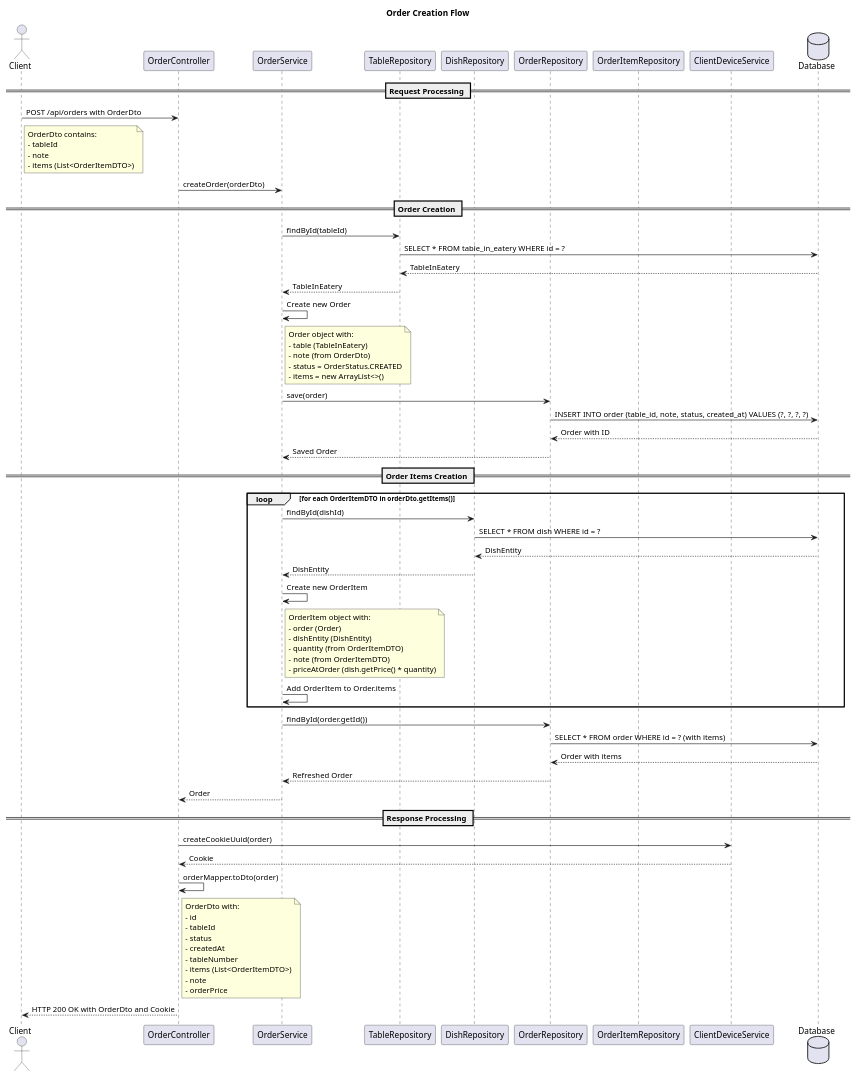
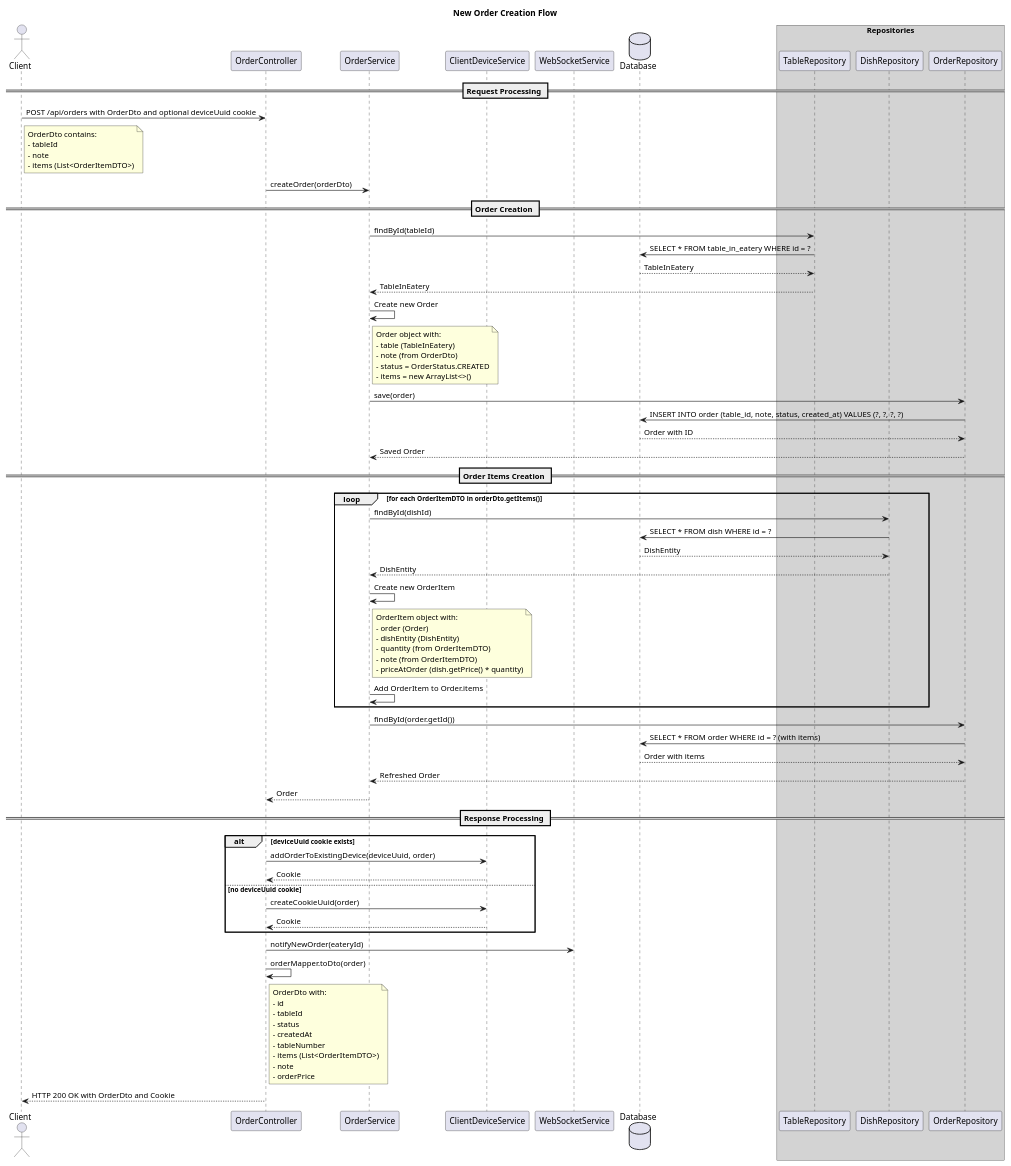
The diagram in wiki/uml/order_creation_flow.puml (nizami72/qrfood), drawn with PlantUML before and after one commit. The commit also changed 10 other files, not shown here.

```diff
--- a/wiki/uml/order_creation_flow.puml
+++ b/wiki/uml/order_creation_flow.puml
@@ -1,91 +1,101 @@
 @startuml
-title Order Creation Flow
+title New Order Creation Flow
 
 actor "Client" as client
 participant "OrderController" as controller
 participant "OrderService" as service
-participant "TableRepository" as tableRepo
-participant "DishRepository" as dishRepo
-participant "OrderRepository" as orderRepo
-participant "OrderItemRepository" as orderItemRepo
 participant "ClientDeviceService" as clientDeviceService
+participant "WebSocketService" as webSocketService
 database "Database" as db
 
+box "Repositories" #LightGray
+    participant "TableRepository" as tableRepo
+    participant "DishRepository" as dishRepo
+    participant "OrderRepository" as orderRepo
+end box
+
 == Request Processing ==
-client -> controller: POST /api/orders with OrderDto
+client -> controller: POST /api/orders with OrderDto and optional deviceUuid cookie
 note right of client
   OrderDto contains:
   - tableId
   - note
   - items (List<OrderItemDTO>)
 end note
 
 controller -> service: createOrder(orderDto)
 
 == Order Creation ==
 service -> tableRepo: findById(tableId)
 tableRepo -> db: SELECT * FROM table_in_eatery WHERE id = ?
 db --> tableRepo: TableInEatery
 tableRepo --> service: TableInEatery
 
 service -> service: Create new Order
 note right of service
   Order object with:
   - table (TableInEatery)
   - note (from OrderDto)
   - status = OrderStatus.CREATED
   - items = new ArrayList<>()
 end note
 
 service -> orderRepo: save(order)
 orderRepo -> db: INSERT INTO order (table_id, note, status, created_at) VALUES (?, ?, ?, ?)
 db --> orderRepo: Order with ID
 orderRepo --> service: Saved Order
 
 == Order Items Creation ==
 loop for each OrderItemDTO in orderDto.getItems()
   service -> dishRepo: findById(dishId)
   dishRepo -> db: SELECT * FROM dish WHERE id = ?
   db --> dishRepo: DishEntity
   dishRepo --> service: DishEntity
-  
+
   service -> service: Create new OrderItem
   note right of service
     OrderItem object with:
     - order (Order)
     - dishEntity (DishEntity)
     - quantity (from OrderItemDTO)
     - note (from OrderItemDTO)
     - priceAtOrder (dish.getPrice() * quantity)
   end note
-  
+
   service -> service: Add OrderItem to Order.items
 end
 
 service -> orderRepo: findById(order.getId())
 orderRepo -> db: SELECT * FROM order WHERE id = ? (with items)
 db --> orderRepo: Order with items
 orderRepo --> service: Refreshed Order
 
 service --> controller: Order
 
 == Response Processing ==
-controller -> clientDeviceService: createCookieUuid(order)
-clientDeviceService --> controller: Cookie
+alt deviceUuid cookie exists
+    controller -> clientDeviceService: addOrderToExistingDevice(deviceUuid, order)
+    clientDeviceService --> controller: Cookie
+else no deviceUuid cookie
+    controller -> clientDeviceService: createCookieUuid(order)
+    clientDeviceService --> controller: Cookie
+end
+
+controller -> webSocketService: notifyNewOrder(eateryId)
 
 controller -> controller: orderMapper.toDto(order)
 note right of controller
   OrderDto with:
   - id
   - tableId
   - status
   - createdAt
   - tableNumber
   - items (List<OrderItemDTO>)
   - note
   - orderPrice
 end note
 
 controller --> client: HTTP 200 OK with OrderDto and Cookie
 
 @enduml
```
